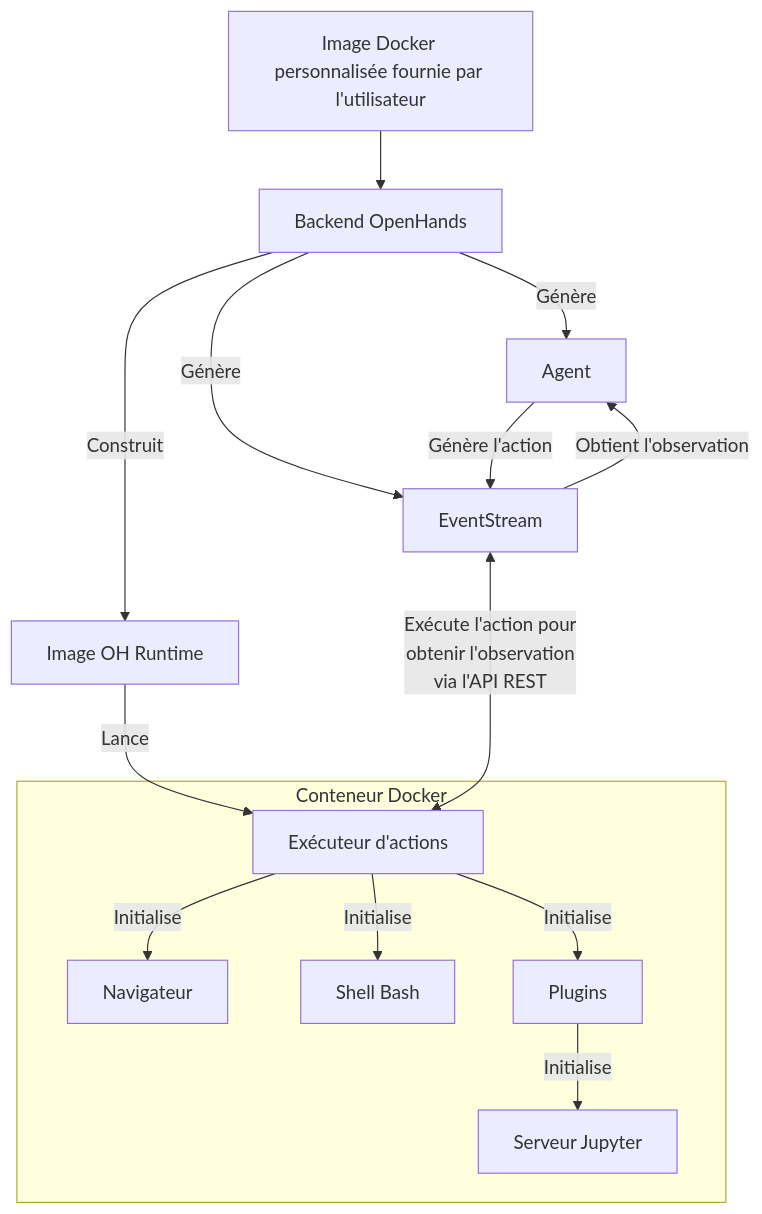
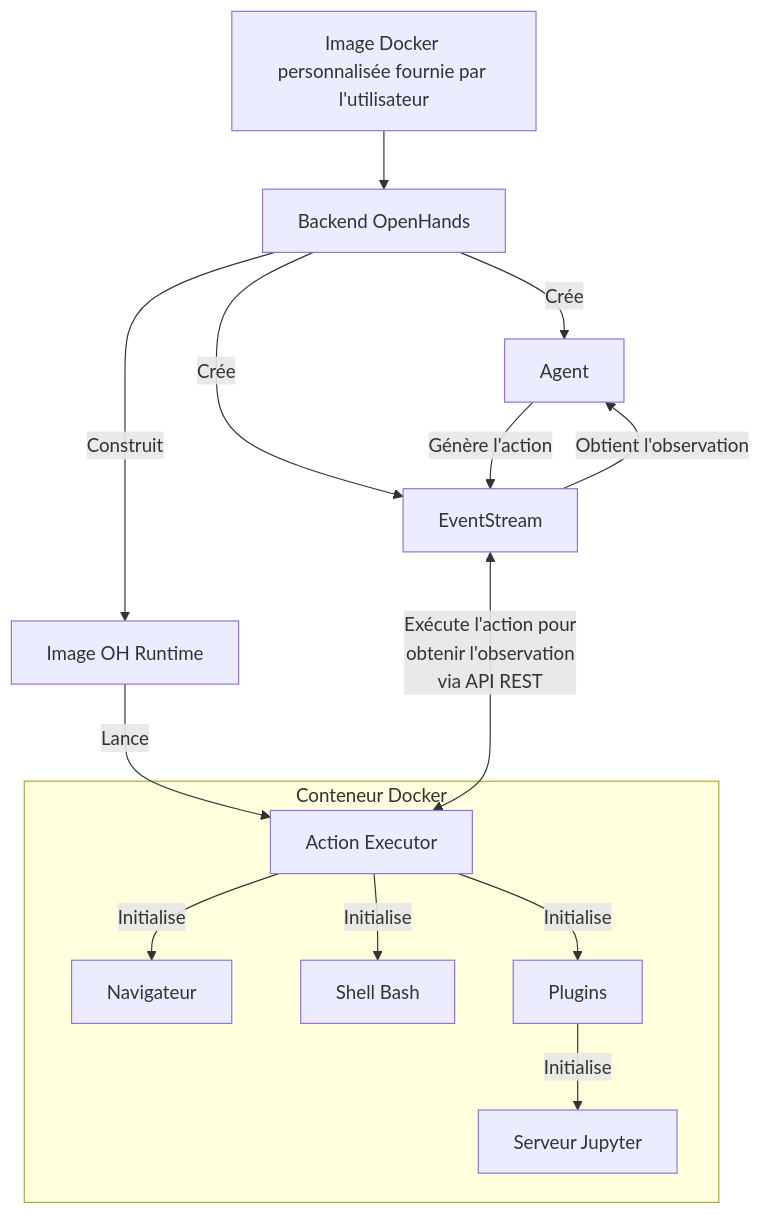
One commit to techyst-net/handyst changed the diagram in docs/i18n/fr/docusaurus-plugin-content-docs/current/usage/architecture/runtime.md. Above: the diagram before and after it, drawn with Mermaid. The commit also changed other lines of this file and 188 other files, not shown here.

````diff
--- a/docs/i18n/fr/docusaurus-plugin-content-docs/current/usage/architecture/runtime.md
+++ b/docs/i18n/fr/docusaurus-plugin-content-docs/current/usage/architecture/runtime.md
@@ -22,28 +20,28 @@
 ```mermaid
 graph TD
     A[Image Docker personnalisée fournie par l'utilisateur] --> B[Backend OpenHands]
     B -->|Construit| C[Image OH Runtime]
-    C -->|Lance| D[Exécuteur d'actions]
+    C -->|Lance| D[Action Executor]
     D -->|Initialise| E[Navigateur]
     D -->|Initialise| F[Shell Bash]
     D -->|Initialise| G[Plugins]
     G -->|Initialise| L[Serveur Jupyter]
 
-    B -->|Génère| H[Agent]
-    B -->|Génère| I[EventStream]
+    B -->|Crée| H[Agent]
+    B -->|Crée| I[EventStream]
     I <--->|Exécute l'action pour
     obtenir l'observation
-    via l'API REST
+    via API REST
     | D
 
     H -->|Génère l'action| I
     I -->|Obtient l'observation| H
 
     subgraph "Conteneur Docker"
     D
     E
     F
     G
     L
     end
 ```
````
